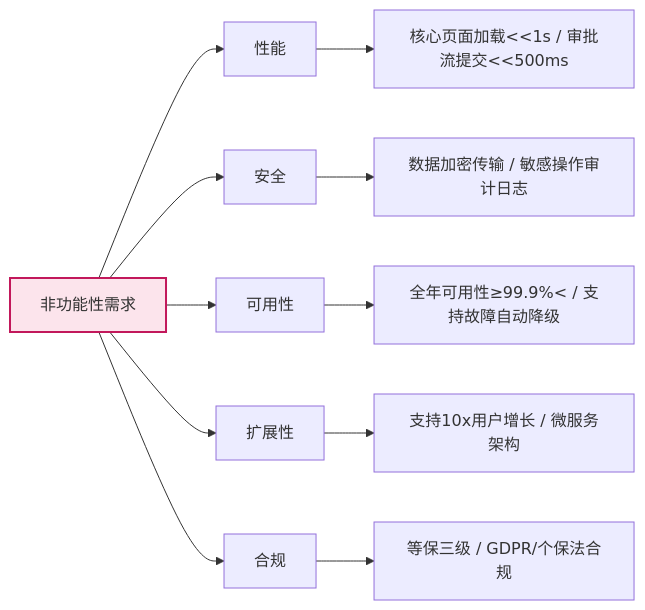
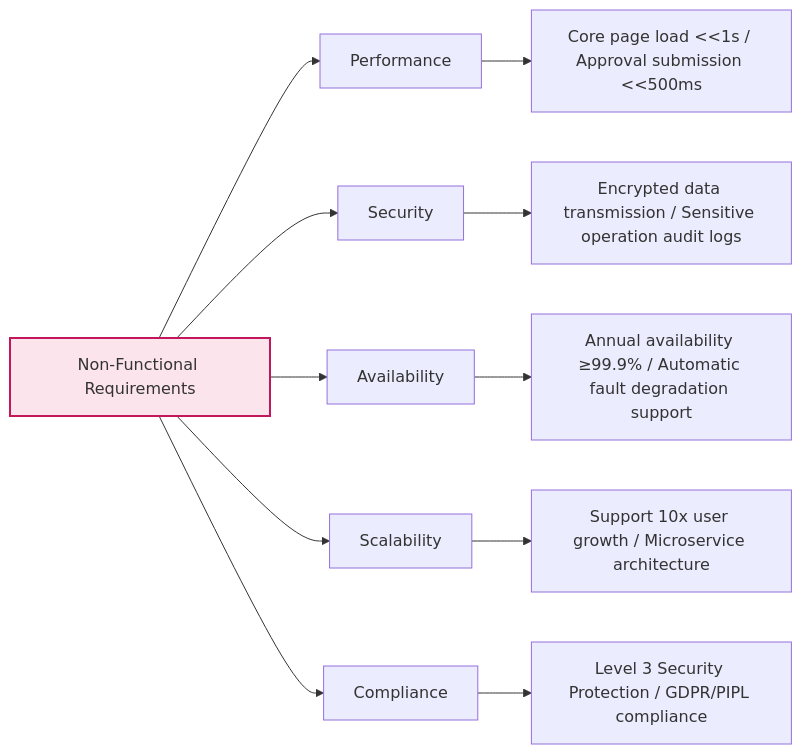
One commit to Kirky-X/cangjie changed the tenth of 18 diagrams in templates/产品/战略层/【模板】市场需求文档.md. Above: the diagram before and after it, drawn with Mermaid. The commit also changed other lines of this file and 46 other files, not shown here.

````diff
--- a/templates/产品/战略层/【模板】市场需求文档.md
+++ b/templates/产品/战略层/【模板】市场需求文档.md
@@ -498,16 +498,16 @@
 ```mermaid
 graph LR
-    A[非功能性需求] --> B[性能]
-    A --> C[安全]
-    A --> D[可用性]
-    A --> E[扩展性]
-    A --> F[合规]
+    A[Non-Functional Requirements] --> B[Performance]
+    A --> C[Security]
+    A --> D[Availability]
+    A --> E[Scalability]
+    A --> F[Compliance]
 
-    B --> B1[核心页面加载<<1s / 审批流提交<<500ms]
-    C --> C1[数据加密传输 / 敏感操作审计日志]
-    D --> D1[全年可用性≥99.9%< / 支持故障自动降级]
-    E --> E1[支持10x用户增长 / 微服务架构]
-    F --> F1[等保三级 / GDPR/个保法合规]
+    B --> B1[Core page load <<1s / Approval submission <<500ms]
+    C --> C1[Encrypted data transmission / Sensitive operation audit logs]
+    D --> D1[Annual availability ≥99.9% / Automatic fault degradation support]
+    E --> E1[Support 10x user growth / Microservice architecture]
+    F --> F1[Level 3 Security Protection / GDPR/PIPL compliance]
 
     style A fill:#fce4ec,stroke:#c2185b,stroke-width:2px
 ```
````
